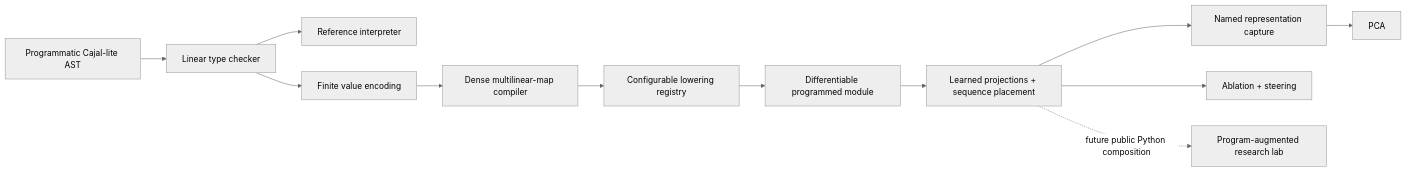
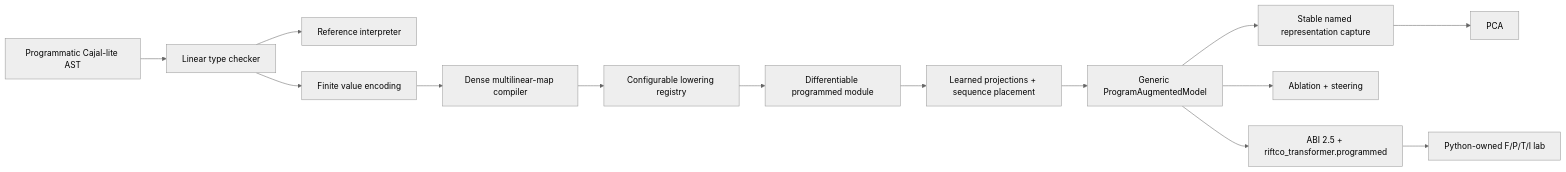
Before and after one commit to quangng2000/riftco-transformer: the diagram in docs/COMPILING_TO_TRANSFORMERS.md, drawn with Mermaid (neutral theme). The commit also changed other lines of this file and 74 other files, not shown here.

Commit message:
Add generic programmed model and executable FPTI lab

````diff
--- a/docs/COMPILING_TO_TRANSFORMERS.md
+++ b/docs/COMPILING_TO_TRANSFORMERS.md
@@ -45,14 +47,16 @@
 ```mermaid
 flowchart LR
     A["Programmatic Cajal-lite AST"] --> B["Linear type checker"]
     B --> C["Reference interpreter"]
     B --> D["Finite value encoding"]
     D --> E["Dense multilinear-map compiler"]
     E --> F["Configurable lowering registry"]
     F --> G["Differentiable programmed module"]
     G --> H["Learned projections + sequence placement"]
-    H --> J["Named representation capture"]
+    H --> I["Generic ProgramAugmentedModel"]
+    I --> J["Stable named representation capture"]
     J --> K["PCA"]
-    H --> L["Ablation + steering"]
-    H -. "future public Python composition" .-> M["Program-augmented research lab"]
+    I --> L["Ablation + steering"]
+    I --> M["ABI 2.5 + riftco_transformer.programmed"]
+    M --> N["Python-owned F/P/T/I lab"]
 ```
````
